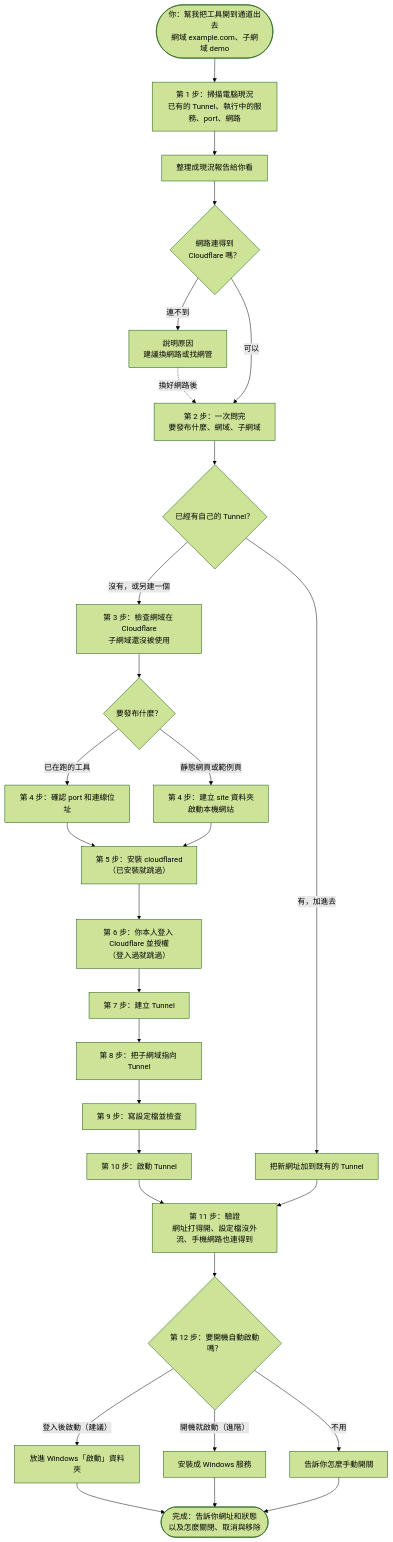
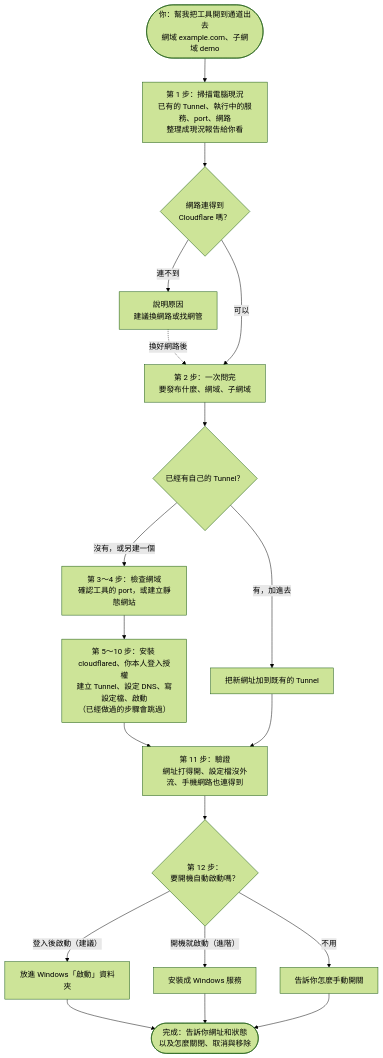
Before and after one commit to luckmoiJay/cloudflare-tunnel-publish: the diagram in README.md, drawn with Mermaid (forest theme).

Commit message:
Compact the README flowchart

````diff
--- a/README.md
+++ b/README.md
@@ -15,31 +15,21 @@
 ```mermaid
 flowchart TD
     start(["你：幫我把工具開到通道出去<br/>網域 example.com、子網域 demo"]) --> scan
-    scan["第 1 步：掃描電腦現況<br/>已有的 Tunnel、執行中的服務、port、網路"] --> report["整理成現況報告給你看"]
-    report --> net{"網路連得到<br/>Cloudflare 嗎？"}
+    scan["第 1 步：掃描電腦現況<br/>已有的 Tunnel、執行中的服務、port、網路<br/>整理成現況報告給你看"] --> net{"網路連得到<br/>Cloudflare 嗎？"}
     net -->|連不到| netfix["說明原因<br/>建議換網路或找網管"]
     netfix -.->|換好網路後| ask
     net -->|可以| ask["第 2 步：一次問完<br/>要發布什麼、網域、子網域"]
     ask --> existing{"已經有自己的 Tunnel？"}
     existing -->|有，加進去| addto["把新網址加到既有的 Tunnel"]
-    existing -->|沒有，或另建一個| dns["第 3 步：檢查網域在 Cloudflare<br/>子網域還沒被使用"]
-    dns --> what{"要發布什麼？"}
-    what -->|已在跑的工具| tool["第 4 步：確認 port 和連線位址"]
-    what -->|靜態網頁或範例頁| static["第 4 步：建立 site 資料夾<br/>啟動本機網站"]
-    tool --> install["第 5 步：安裝 cloudflared<br/>（已安裝就跳過）"]
-    static --> install
-    install --> login["第 6 步：你本人登入 Cloudflare 並授權<br/>（登入過就跳過）"]
-    login --> create["第 7 步：建立 Tunnel"]
-    create --> route["第 8 步：把子網域指向 Tunnel"]
-    route --> config["第 9 步：寫設定檔並檢查"]
-    config --> run["第 10 步：啟動 Tunnel"]
-    run --> verify["第 11 步：驗證<br/>網址打得開、設定檔沒外流、手機網路也連得到"]
+    existing -->|沒有，或另建一個| prep["第 3～4 步：檢查網域<br/>確認工具的 port，或建立靜態網站"]
+    prep --> setup["第 5～10 步：安裝 cloudflared、你本人登入授權<br/>建立 Tunnel、設定 DNS、寫設定檔、啟動<br/>（已經做過的步驟會跳過）"]
+    setup --> verify["第 11 步：驗證<br/>網址打得開、設定檔沒外流、手機網路也連得到"]
     addto --> verify
-    verify --> auto{"第 12 步：要開機自動啟動嗎？"}
+    verify --> auto{"第 12 步：<br/>要開機自動啟動嗎？"}
     auto -->|登入後啟動（建議）| startup["放進 Windows「啟動」資料夾"]
     auto -->|開機就啟動（進階）| service["安裝成 Windows 服務"]
     auto -->|不用| manual["告訴你怎麼手動開關"]
     startup --> done(["完成：告訴你網址和狀態<br/>以及怎麼關閉、取消與移除"])
     service --> done
     manual --> done
 ```
````
